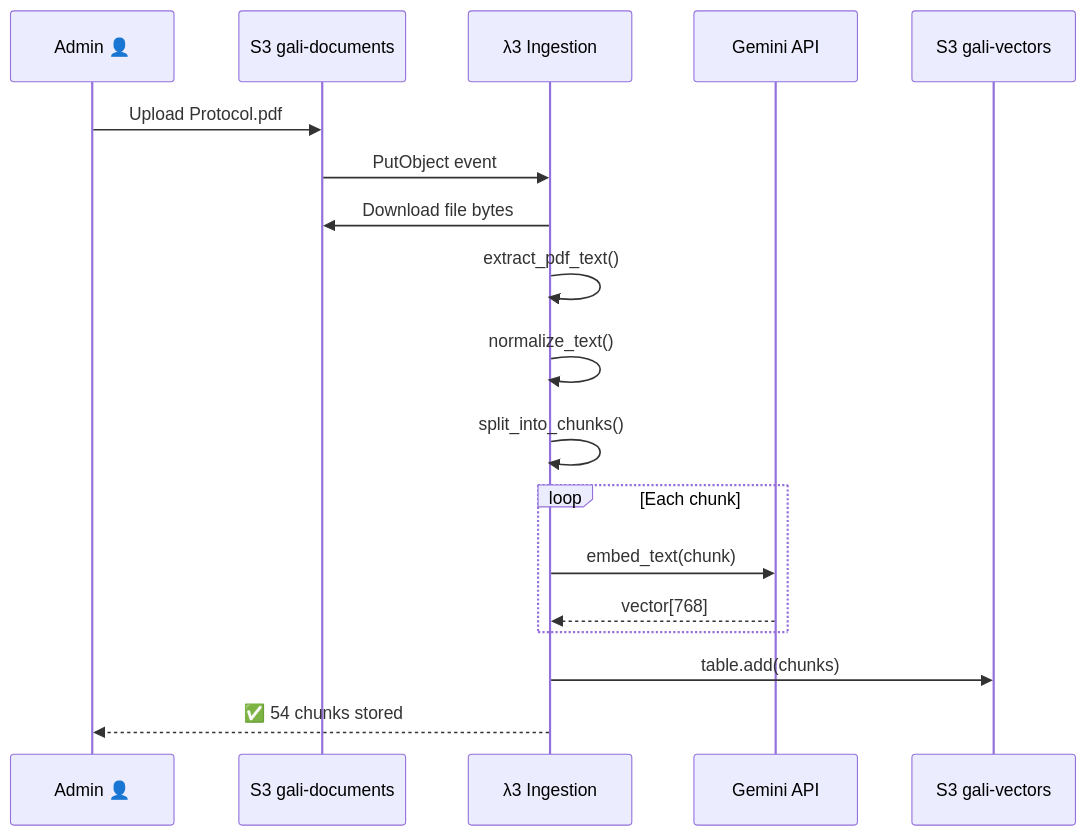
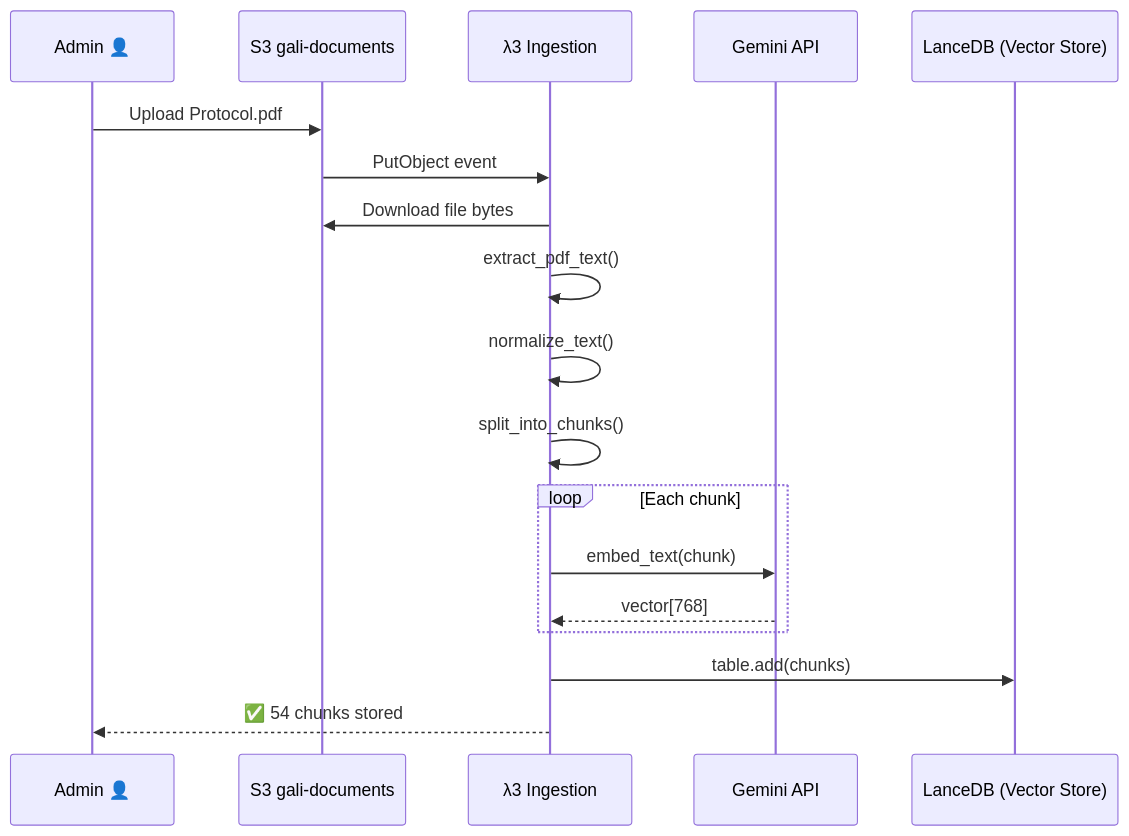
One commit to EB-WildEye/Gali changed the ninth of 11 diagrams in README.md. Above: the diagram before and after it, drawn with Mermaid. The commit also changed other lines of this file, not shown here.

First line of the commit message:
Clarify MongoDB as session store in README

````diff
--- a/README.md
+++ b/README.md
@@ -429,21 +447,21 @@
 ```mermaid
 sequenceDiagram
     participant Admin as Admin 👤
     participant S3D as S3 gali-documents
     participant Ingest as λ3 Ingestion
     participant Gemini as Gemini API
-    participant S3V as S3 gali-vectors
+    participant Lance as LanceDB (Vector Store)
 
     Admin->>S3D: Upload Protocol.pdf
     S3D->>Ingest: PutObject event
     Ingest->>S3D: Download file bytes
     Ingest->>Ingest: extract_pdf_text()
     Ingest->>Ingest: normalize_text()
     Ingest->>Ingest: split_into_chunks()
     loop Each chunk
         Ingest->>Gemini: embed_text(chunk)
         Gemini-->>Ingest: vector[768]
     end
-    Ingest->>S3V: table.add(chunks)
+    Ingest->>Lance: table.add(chunks)
     Ingest-->>Admin: ✅ 54 chunks stored
 ```
````
